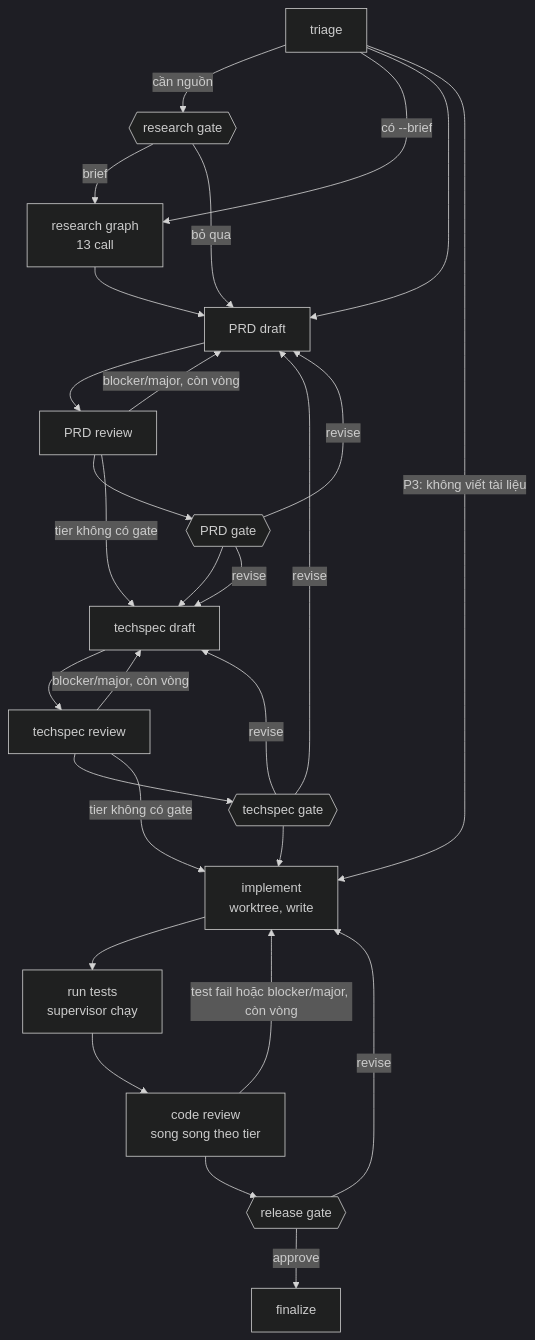
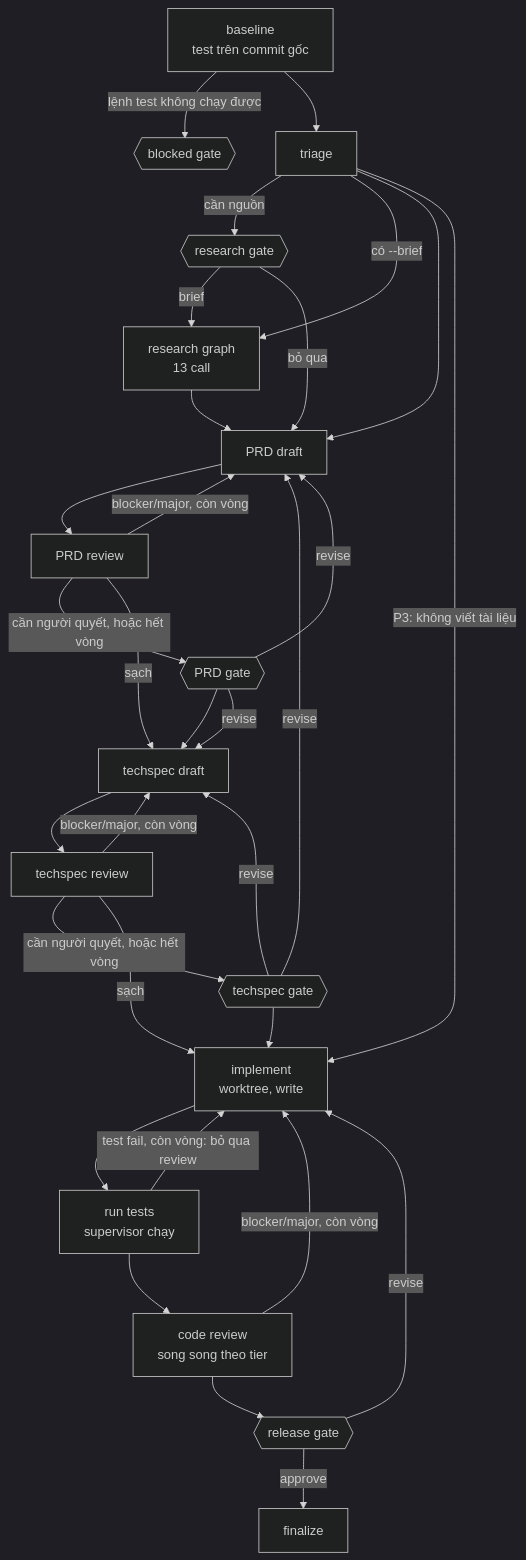
The diagram in docs/flow.md (hoanghuydev/workflow-coding), drawn with Mermaid (dark theme) before and after one commit. The commit also changed other lines of this file and 27 other files, not shown here.

````diff
--- a/docs/flow.md
+++ b/docs/flow.md
@@ -9,21 +9,25 @@
 ```mermaid
 flowchart TD
+    B[baseline<br/>test trên commit gốc] -->|lệnh test không chạy được| BG{{blocked gate}}
+    B --> T
     T[triage] -->|cần nguồn| RG{{research gate}}
     T -->|có --brief| R[research graph<br/>13 call]
     RG -->|brief| R
     T --> P[PRD draft]
     RG -->|bỏ qua| P
     R --> P
     P --> PR[PRD review] -->|blocker/major, còn vòng| P
-    PR --> PG{{PRD gate}} --> S[techspec draft]
-    PR -->|tier không có gate| S
+    PR -->|cần người quyết, hoặc hết vòng| PG{{PRD gate}} --> S[techspec draft]
+    PR -->|sạch| S
     S --> SR[techspec review] -->|blocker/major, còn vòng| S
-    SR --> SG{{techspec gate}} --> I[implement<br/>worktree, write]
-    SR -->|tier không có gate| I
+    SR -->|cần người quyết, hoặc hết vòng| SG{{techspec gate}} --> I[implement<br/>worktree, write]
+    SR -->|sạch| I
     T -->|P3: không viết tài liệu| I
-    I --> X[run tests<br/>supervisor chạy] --> CR[code review<br/>song song theo tier]
-    CR -->|test fail hoặc blocker/major, còn vòng| I
+    I --> X[run tests<br/>supervisor chạy]
+    X -->|test fail, còn vòng: bỏ qua review| I
+    X --> CR[code review<br/>song song theo tier]
+    CR -->|blocker/major, còn vòng| I
     CR --> RL{{release gate}} -->|approve| F[finalize]
     RL -->|revise| I
     PG & SG -->|revise| P & S
 ```
````
